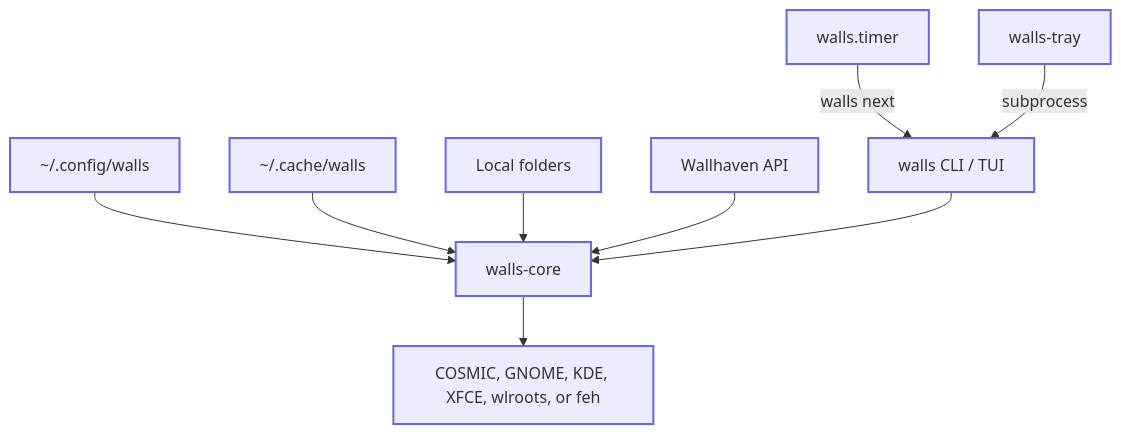
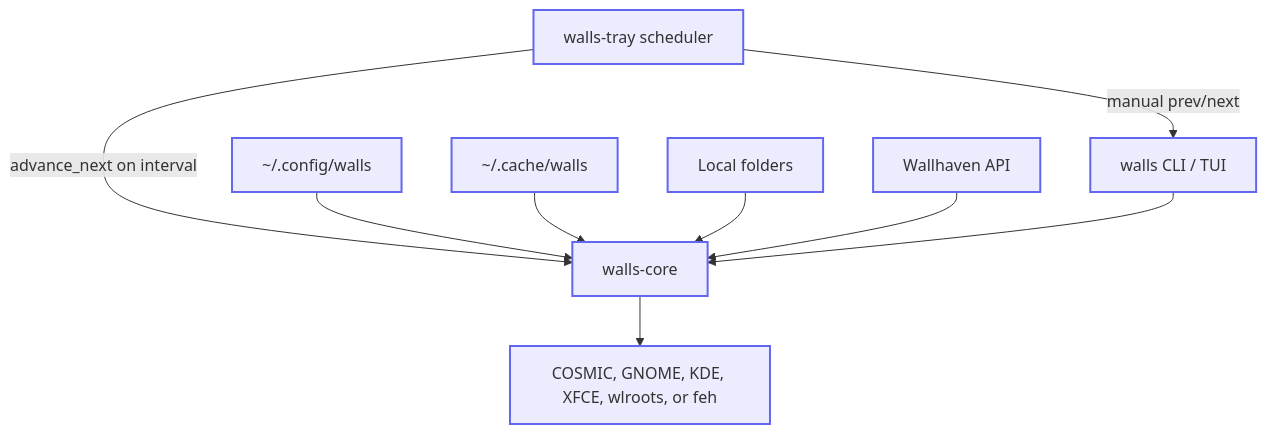
The diagram in README.md (willfish/walls), drawn with Mermaid before and after one commit. The commit also changed other lines of this file and 87 other files, not shown here.

First line of the commit message:
feat: add tray rotation, Wayland SNI, and TUI config improvements

````diff
--- a/README.md
+++ b/README.md
@@ -50,24 +50,23 @@
 ```mermaid
 flowchart TD
     CONFIG["~/.config/walls"]
     CACHE["~/.cache/walls"]
     LOCAL[Local folders]
     WH[Wallhaven API]
-    TIMER[walls.timer]
-    TRAY[walls-tray]
+    TRAY[walls-tray scheduler]
     CLI["walls CLI / TUI"]
     CORE[walls-core]
     APPLY["COSMIC, GNOME, KDE, XFCE, wlroots, or feh"]
 
-    TIMER -->|walls next| CLI
-    TRAY -->|subprocess| CLI
+    TRAY -->|advance_next on interval| CORE
+    TRAY -->|manual prev/next| CLI
     CONFIG --> CORE
     CACHE --> CORE
     LOCAL --> CORE
     WH --> CORE
     CLI --> CORE
     CORE --> APPLY
 
     classDef box stroke:#6366f1,stroke-width:2px
-    class CONFIG,CACHE,LOCAL,WH,TIMER,TRAY,CLI,CORE,APPLY box
+    class CONFIG,CACHE,LOCAL,WH,TRAY,CLI,CORE,APPLY box
 ```
````
